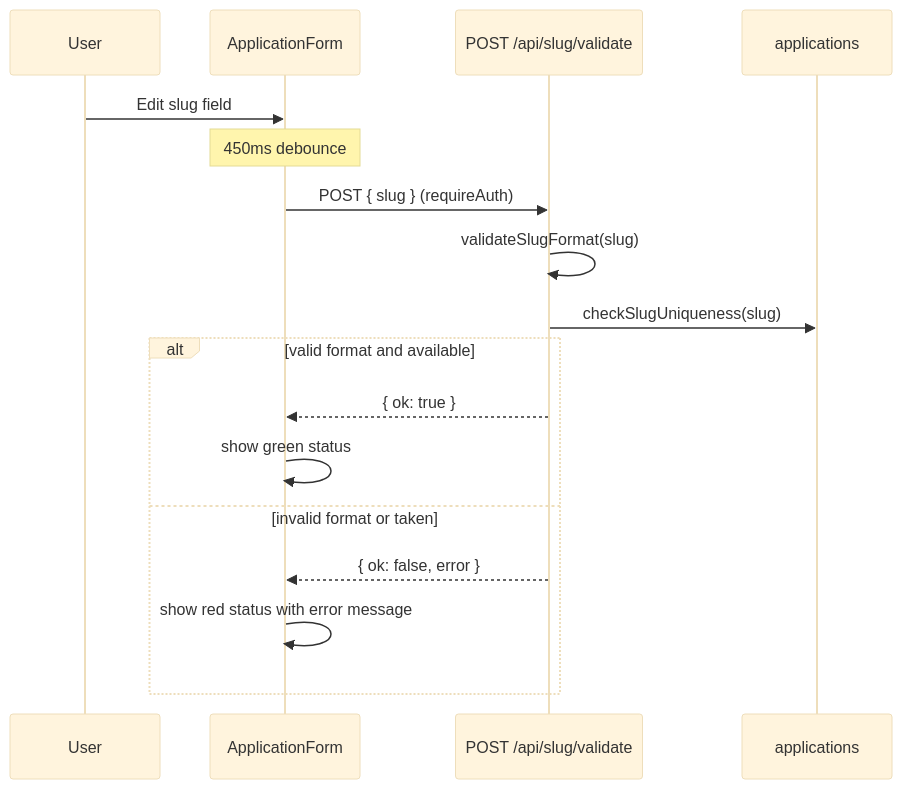
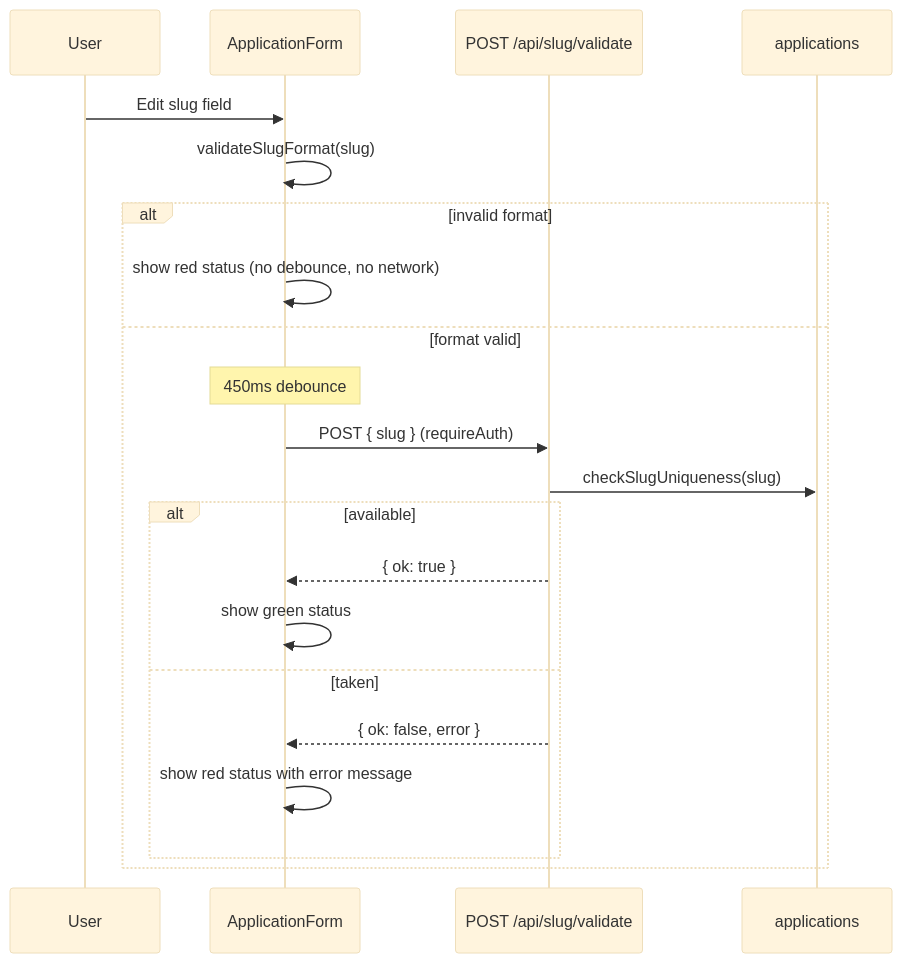
Before and after one commit to joan-gerard/my-hire-view: the seventh of 13 diagrams in docs/DATA_FLOW.md, drawn with Mermaid (base theme). The commit also changed other lines of this file and 4 other files, not shown here.

Commit message:
docs: add env template and sync slug validation and auth edge-case notes

````diff
--- a/docs/DATA_FLOW.md
+++ b/docs/DATA_FLOW.md
@@ -235,20 +235,24 @@
 ```mermaid
 sequenceDiagram
   participant U as User
   participant Form as ApplicationForm
   participant ValidateAPI as POST /api/slug/validate
   participant Applications as applications
 
   U->>Form: Edit slug field
-  Note over Form: 450ms debounce
-  Form->>ValidateAPI: POST { slug } (requireAuth)
-  ValidateAPI->>ValidateAPI: validateSlugFormat(slug)
-  ValidateAPI->>Applications: checkSlugUniqueness(slug)
-  alt valid format and available
-    ValidateAPI-->>Form: { ok: true }
-    Form->>Form: show green status
-  else invalid format or taken
-    ValidateAPI-->>Form: { ok: false, error }
-    Form->>Form: show red status with error message
+  Form->>Form: validateSlugFormat(slug)
+  alt invalid format
+    Form->>Form: show red status (no debounce, no network)
+  else format valid
+    Note over Form: 450ms debounce
+    Form->>ValidateAPI: POST { slug } (requireAuth)
+    ValidateAPI->>Applications: checkSlugUniqueness(slug)
+    alt available
+      ValidateAPI-->>Form: { ok: true }
+      Form->>Form: show green status
+    else taken
+      ValidateAPI-->>Form: { ok: false, error }
+      Form->>Form: show red status with error message
+    end
   end
 ```
````
